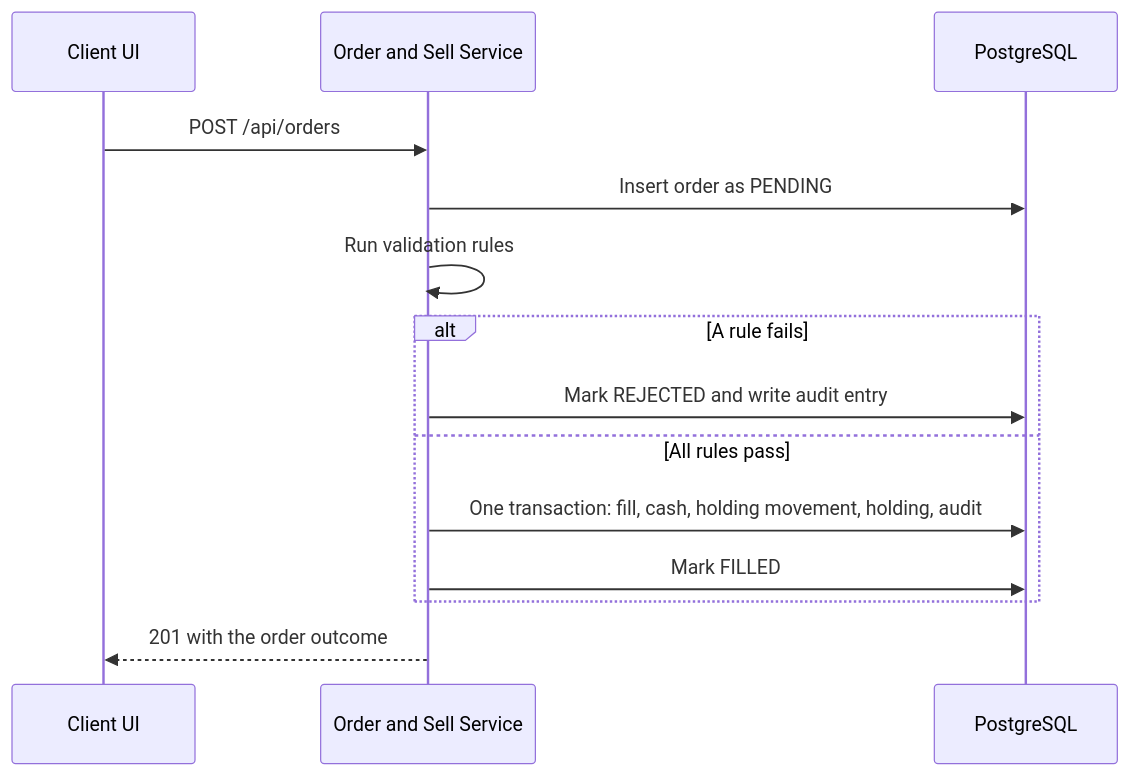
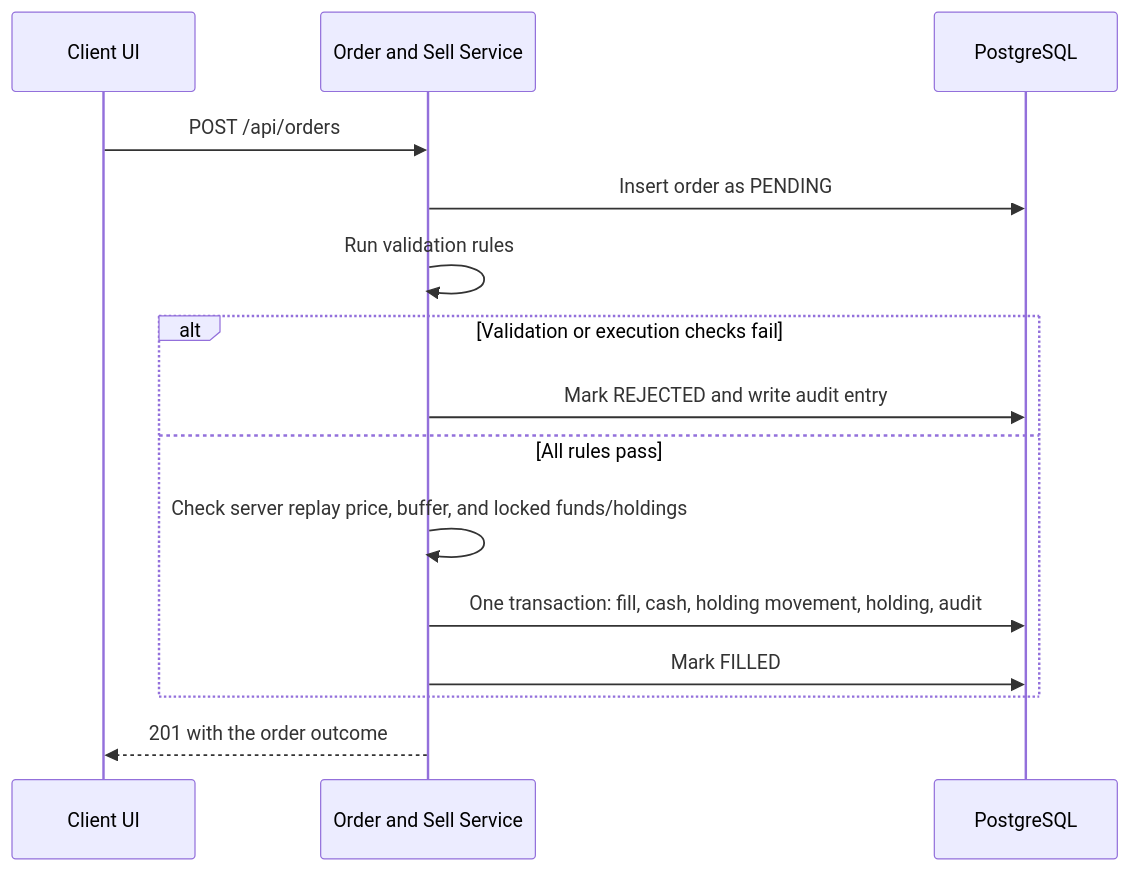
The third of 5 diagrams in README.md (seankcheema/trading-season), drawn with Mermaid before and after one commit. The commit also changed other lines of this file and 87 other files, not shown here.

````diff
--- a/README.md
+++ b/README.md
@@ -63,17 +64,18 @@
 ```mermaid
 sequenceDiagram
     participant UI as Client UI
     participant OS as Order and Sell Service
     participant DB as PostgreSQL
 
     UI->>OS: POST /api/orders
     OS->>DB: Insert order as PENDING
     OS->>OS: Run validation rules
-    alt A rule fails
+    alt Validation or execution checks fail
         OS->>DB: Mark REJECTED and write audit entry
     else All rules pass
+        OS->>OS: Check server replay price, buffer, and locked funds/holdings
         OS->>DB: One transaction: fill, cash, holding movement, holding, audit
         OS->>DB: Mark FILLED
     end
     OS-->>UI: 201 with the order outcome
 ```
````
